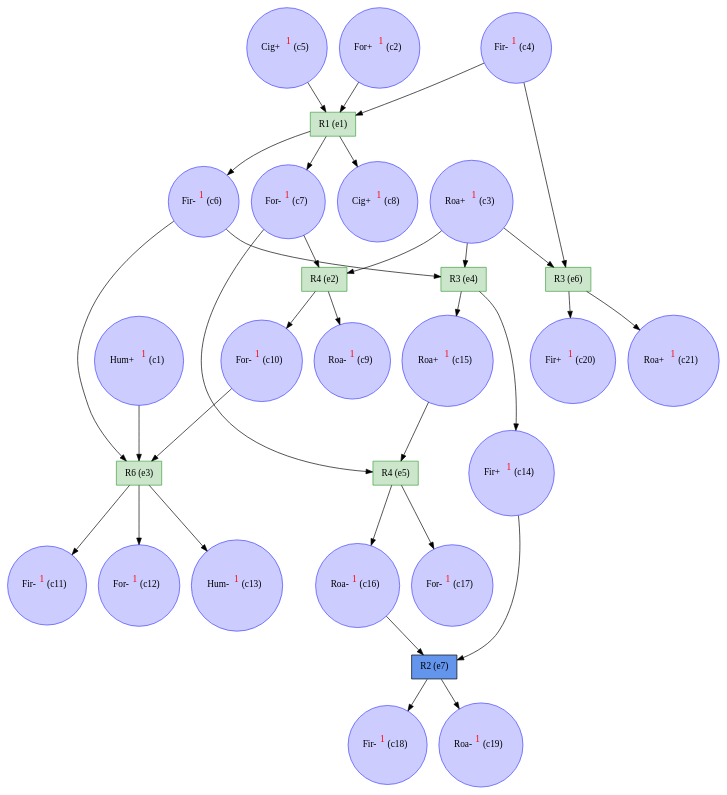
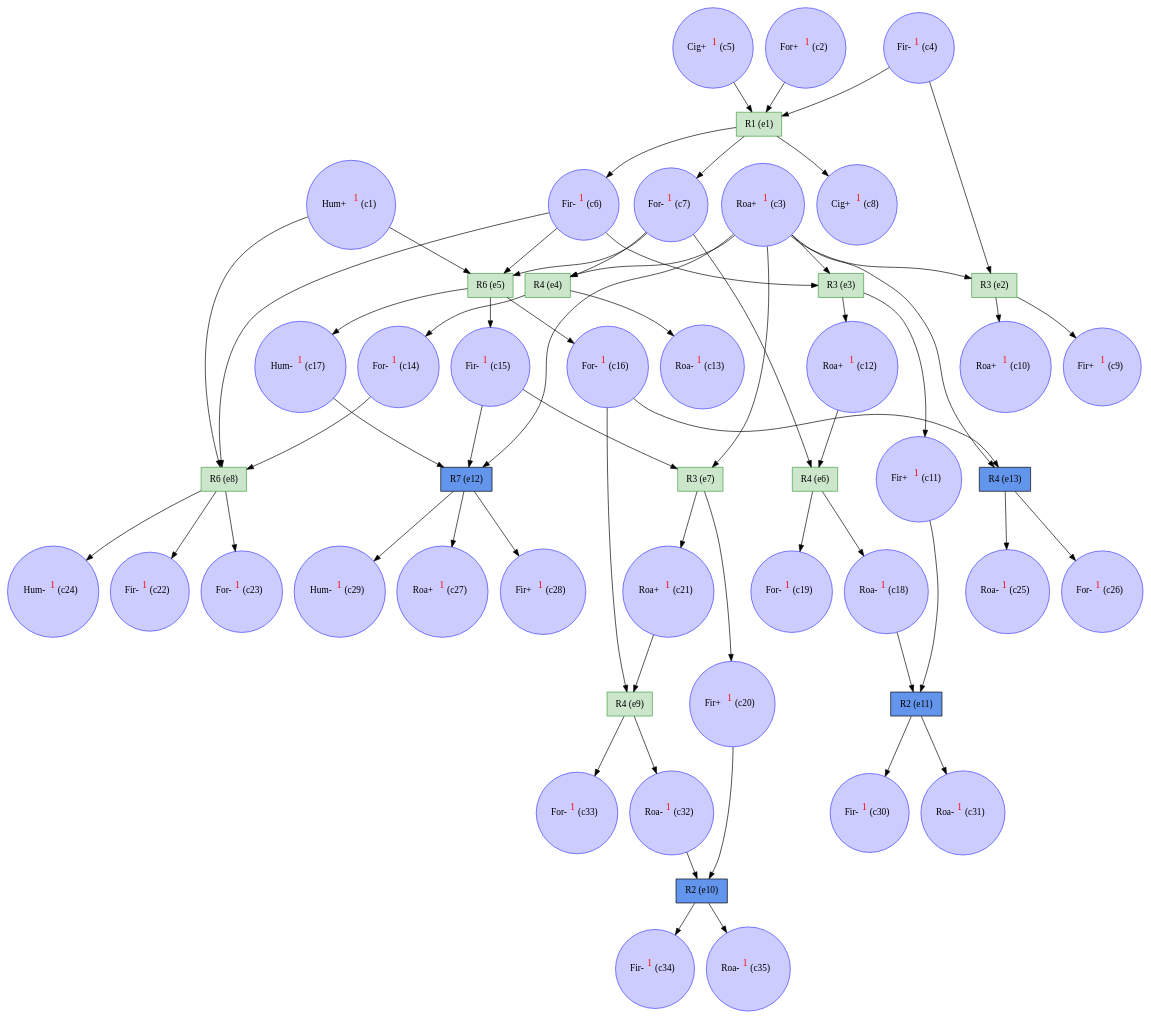
One commit to giannkas/ecofolder changed the diagram in examples/gonfaron/gonfaron_unf.dot. Above: the diagram before and after it, drawn with Graphviz. The commit also changed 22 other files, not shown here.

```diff
--- a/examples/gonfaron/gonfaron_unf.dot
+++ b/examples/gonfaron/gonfaron_unf.dot
@@ -1,62 +1,110 @@
 digraph test {
-  c1 -> e3;
+  c1 -> e8;
+  c1 -> e5;
   c2 -> e1;
-  c3 -> e6;
+  c3 -> e12;
+  c3 -> e13;
+  c3 -> e7;
   c3 -> e4;
+  c3 -> e3;
   c3 -> e2;
-  c4 -> e6;
+  c4 -> e2;
   c4 -> e1;
   c5 -> e1;
   e1 -> c6;
-  c6 -> e4;
+  c6 -> e8;
+  c6 -> e5;
   c6 -> e3;
   e1 -> c7;
+  c7 -> e6;
   c7 -> e5;
-  c7 -> e2;
+  c7 -> e4;
   e1 -> c8;
   e2 -> c9;
   e2 -> c10;
-  c10 -> e3;
   e3 -> c11;
+  c11 -> e11;
   e3 -> c12;
-  e3 -> c13;
+  c12 -> e6;
+  e4 -> c13;
   e4 -> c14;
-  c14 -> e7;
-  e4 -> c15;
-  c15 -> e5;
+  c14 -> e8;
+  e5 -> c15;
+  c15 -> e12;
+  c15 -> e7;
   e5 -> c16;
-  c16 -> e7;
+  c16 -> e9;
+  c16 -> e13;
   e5 -> c17;
-  e7 -> c18;
-  e7 -> c19;
-  e6 -> c20;
-  e6 -> c21;
+  c17 -> e12;
+  e6 -> c18;
+  c18 -> e11;
+  e6 -> c19;
+  e7 -> c20;
+  c20 -> e10;
+  e7 -> c21;
+  c21 -> e9;
+  e8 -> c22;
+  e8 -> c23;
+  e8 -> c24;
+  e13 -> c25;
+  e13 -> c26;
+  e12 -> c27;
+  e12 -> c28;
+  e12 -> c29;
+  e11 -> c30;
+  e11 -> c31;
+  e9 -> c32;
+  c32 -> e10;
+  e9 -> c33;
+  e10 -> c34;
+  e10 -> c35;
   c1 [color="#4040ff" fillcolor="#ccccff" label= <Hum+<FONT COLOR="red"><SUP>1</SUP></FONT>&nbsp;(c1)> shape=circle style=filled];
   c2 [color="#4040ff" fillcolor="#ccccff" label= <For+<FONT COLOR="red"><SUP>1</SUP></FONT>&nbsp;(c2)> shape=circle style=filled];
   c3 [color="#4040ff" fillcolor="#ccccff" label= <Roa+<FONT COLOR="red"><SUP>1</SUP></FONT>&nbsp;(c3)> shape=circle style=filled];
   c4 [color="#4040ff" fillcolor="#ccccff" label= <Fir-<FONT COLOR="red"><SUP>1</SUP></FONT>&nbsp;(c4)> shape=circle style=filled];
   c5 [color="#4040ff" fillcolor="#ccccff" label= <Cig+<FONT COLOR="red"><SUP>1</SUP></FONT>&nbsp;(c5)> shape=circle style=filled];
   c6 [color="#4040ff" fillcolor="#ccccff" label= <Fir-<FONT COLOR="red"><SUP>1</SUP></FONT>&nbsp;(c6)> shape=circle style=filled];
   c7 [color="#4040ff" fillcolor="#ccccff" label= <For-<FONT COLOR="red"><SUP>1</SUP></FONT>&nbsp;(c7)> shape=circle style=filled];
   c8 [color="#4040ff" fillcolor="#ccccff" label= <Cig+<FONT COLOR="red"><SUP>1</SUP></FONT>&nbsp;(c8)> shape=circle style=filled];
-  c9 [color="#4040ff" fillcolor="#ccccff" label= <Roa-<FONT COLOR="red"><SUP>1</SUP></FONT>&nbsp;(c9)> shape=circle style=filled];
-  c10 [color="#4040ff" fillcolor="#ccccff" label= <For-<FONT COLOR="red"><SUP>1</SUP></FONT>&nbsp;(c10)> shape=circle style=filled];
-  c11 [color="#4040ff" fillcolor="#ccccff" label= <Fir-<FONT COLOR="red"><SUP>1</SUP></FONT>&nbsp;(c11)> shape=circle style=filled];
-  c12 [color="#4040ff" fillcolor="#ccccff" label= <For-<FONT COLOR="red"><SUP>1</SUP></FONT>&nbsp;(c12)> shape=circle style=filled];
-  c13 [color="#4040ff" fillcolor="#ccccff" label= <Hum-<FONT COLOR="red"><SUP>1</SUP></FONT>&nbsp;(c13)> shape=circle style=filled];
-  c14 [color="#4040ff" fillcolor="#ccccff" label= <Fir+<FONT COLOR="red"><SUP>1</SUP></FONT>&nbsp;(c14)> shape=circle style=filled];
-  c15 [color="#4040ff" fillcolor="#ccccff" label= <Roa+<FONT COLOR="red"><SUP>1</SUP></FONT>&nbsp;(c15)> shape=circle style=filled];
-  c16 [color="#4040ff" fillcolor="#ccccff" label= <Roa-<FONT COLOR="red"><SUP>1</SUP></FONT>&nbsp;(c16)> shape=circle style=filled];
-  c17 [color="#4040ff" fillcolor="#ccccff" label= <For-<FONT COLOR="red"><SUP>1</SUP></FONT>&nbsp;(c17)> shape=circle style=filled];
-  c18 [color="#4040ff" fillcolor="#ccccff" label= <Fir-<FONT COLOR="red"><SUP>1</SUP></FONT>&nbsp;(c18)> shape=circle style=filled];
-  c19 [color="#4040ff" fillcolor="#ccccff" label= <Roa-<FONT COLOR="red"><SUP>1</SUP></FONT>&nbsp;(c19)> shape=circle style=filled];
+  c9 [color="#4040ff" fillcolor="#ccccff" label= <Fir+<FONT COLOR="red"><SUP>1</SUP></FONT>&nbsp;(c9)> shape=circle style=filled];
+  c10 [color="#4040ff" fillcolor="#ccccff" label= <Roa+<FONT COLOR="red"><SUP>1</SUP></FONT>&nbsp;(c10)> shape=circle style=filled];
+  c11 [color="#4040ff" fillcolor="#ccccff" label= <Fir+<FONT COLOR="red"><SUP>1</SUP></FONT>&nbsp;(c11)> shape=circle style=filled];
+  c12 [color="#4040ff" fillcolor="#ccccff" label= <Roa+<FONT COLOR="red"><SUP>1</SUP></FONT>&nbsp;(c12)> shape=circle style=filled];
+  c13 [color="#4040ff" fillcolor="#ccccff" label= <Roa-<FONT COLOR="red"><SUP>1</SUP></FONT>&nbsp;(c13)> shape=circle style=filled];
+  c14 [color="#4040ff" fillcolor="#ccccff" label= <For-<FONT COLOR="red"><SUP>1</SUP></FONT>&nbsp;(c14)> shape=circle style=filled];
+  c15 [color="#4040ff" fillcolor="#ccccff" label= <Fir-<FONT COLOR="red"><SUP>1</SUP></FONT>&nbsp;(c15)> shape=circle style=filled];
+  c16 [color="#4040ff" fillcolor="#ccccff" label= <For-<FONT COLOR="red"><SUP>1</SUP></FONT>&nbsp;(c16)> shape=circle style=filled];
+  c17 [color="#4040ff" fillcolor="#ccccff" label= <Hum-<FONT COLOR="red"><SUP>1</SUP></FONT>&nbsp;(c17)> shape=circle style=filled];
+  c18 [color="#4040ff" fillcolor="#ccccff" label= <Roa-<FONT COLOR="red"><SUP>1</SUP></FONT>&nbsp;(c18)> shape=circle style=filled];
+  c19 [color="#4040ff" fillcolor="#ccccff" label= <For-<FONT COLOR="red"><SUP>1</SUP></FONT>&nbsp;(c19)> shape=circle style=filled];
   c20 [color="#4040ff" fillcolor="#ccccff" label= <Fir+<FONT COLOR="red"><SUP>1</SUP></FONT>&nbsp;(c20)> shape=circle style=filled];
   c21 [color="#4040ff" fillcolor="#ccccff" label= <Roa+<FONT COLOR="red"><SUP>1</SUP></FONT>&nbsp;(c21)> shape=circle style=filled];
+  c22 [color="#4040ff" fillcolor="#ccccff" label= <Fir-<FONT COLOR="red"><SUP>1</SUP></FONT>&nbsp;(c22)> shape=circle style=filled];
+  c23 [color="#4040ff" fillcolor="#ccccff" label= <For-<FONT COLOR="red"><SUP>1</SUP></FONT>&nbsp;(c23)> shape=circle style=filled];
+  c24 [color="#4040ff" fillcolor="#ccccff" label= <Hum-<FONT COLOR="red"><SUP>1</SUP></FONT>&nbsp;(c24)> shape=circle style=filled];
+  c25 [color="#4040ff" fillcolor="#ccccff" label= <Roa-<FONT COLOR="red"><SUP>1</SUP></FONT>&nbsp;(c25)> shape=circle style=filled];
+  c26 [color="#4040ff" fillcolor="#ccccff" label= <For-<FONT COLOR="red"><SUP>1</SUP></FONT>&nbsp;(c26)> shape=circle style=filled];
+  c27 [color="#4040ff" fillcolor="#ccccff" label= <Roa+<FONT COLOR="red"><SUP>1</SUP></FONT>&nbsp;(c27)> shape=circle style=filled];
+  c28 [color="#4040ff" fillcolor="#ccccff" label= <Fir+<FONT COLOR="red"><SUP>1</SUP></FONT>&nbsp;(c28)> shape=circle style=filled];
+  c29 [color="#4040ff" fillcolor="#ccccff" label= <Hum-<FONT COLOR="red"><SUP>1</SUP></FONT>&nbsp;(c29)> shape=circle style=filled];
+  c30 [color="#4040ff" fillcolor="#ccccff" label= <Fir-<FONT COLOR="red"><SUP>1</SUP></FONT>&nbsp;(c30)> shape=circle style=filled];
+  c31 [color="#4040ff" fillcolor="#ccccff" label= <Roa-<FONT COLOR="red"><SUP>1</SUP></FONT>&nbsp;(c31)> shape=circle style=filled];
+  c32 [color="#4040ff" fillcolor="#ccccff" label= <Roa-<FONT COLOR="red"><SUP>1</SUP></FONT>&nbsp;(c32)> shape=circle style=filled];
+  c33 [color="#4040ff" fillcolor="#ccccff" label= <For-<FONT COLOR="red"><SUP>1</SUP></FONT>&nbsp;(c33)> shape=circle style=filled];
+  c34 [color="#4040ff" fillcolor="#ccccff" label= <Fir-<FONT COLOR="red"><SUP>1</SUP></FONT>&nbsp;(c34)> shape=circle style=filled];
+  c35 [color="#4040ff" fillcolor="#ccccff" label= <Roa-<FONT COLOR="red"><SUP>1</SUP></FONT>&nbsp;(c35)> shape=circle style=filled];
   e1 [color="#409f40" fillcolor="#cce6cc" label="R1 (e1)" shape=box style=filled];
-  e2 [color="#409f40" fillcolor="#cce6cc" label="R4 (e2)" shape=box style=filled];
-  e3 [color="#409f40" fillcolor="#cce6cc" label="R6 (e3)" shape=box style=filled];
-  e4 [color="#409f40" fillcolor="#cce6cc" label="R3 (e4)" shape=box style=filled];
-  e5 [color="#409f40" fillcolor="#cce6cc" label="R4 (e5)" shape=box style=filled];
-  e6 [color="#409f40" fillcolor="#cce6cc" label="R3 (e6)" shape=box style=filled];
-  e7 [color=black fillcolor=cornflowerblue label="R2 (e7)" shape=box style=filled];
+  e2 [color="#409f40" fillcolor="#cce6cc" label="R3 (e2)" shape=box style=filled];
+  e3 [color="#409f40" fillcolor="#cce6cc" label="R3 (e3)" shape=box style=filled];
+  e4 [color="#409f40" fillcolor="#cce6cc" label="R4 (e4)" shape=box style=filled];
+  e5 [color="#409f40" fillcolor="#cce6cc" label="R6 (e5)" shape=box style=filled];
+  e6 [color="#409f40" fillcolor="#cce6cc" label="R4 (e6)" shape=box style=filled];
+  e7 [color="#409f40" fillcolor="#cce6cc" label="R3 (e7)" shape=box style=filled];
+  e8 [color="#409f40" fillcolor="#cce6cc" label="R6 (e8)" shape=box style=filled];
+  e9 [color="#409f40" fillcolor="#cce6cc" label="R4 (e9)" shape=box style=filled];
+  e10 [color=black fillcolor=cornflowerblue label="R2 (e10)" shape=box style=filled];
+  e11 [color=black fillcolor=cornflowerblue label="R2 (e11)" shape=box style=filled];
+  e12 [color=black fillcolor=cornflowerblue label="R7 (e12)" shape=box style=filled];
+  e13 [color=black fillcolor=cornflowerblue label="R4 (e13)" shape=box style=filled];
 }
```
